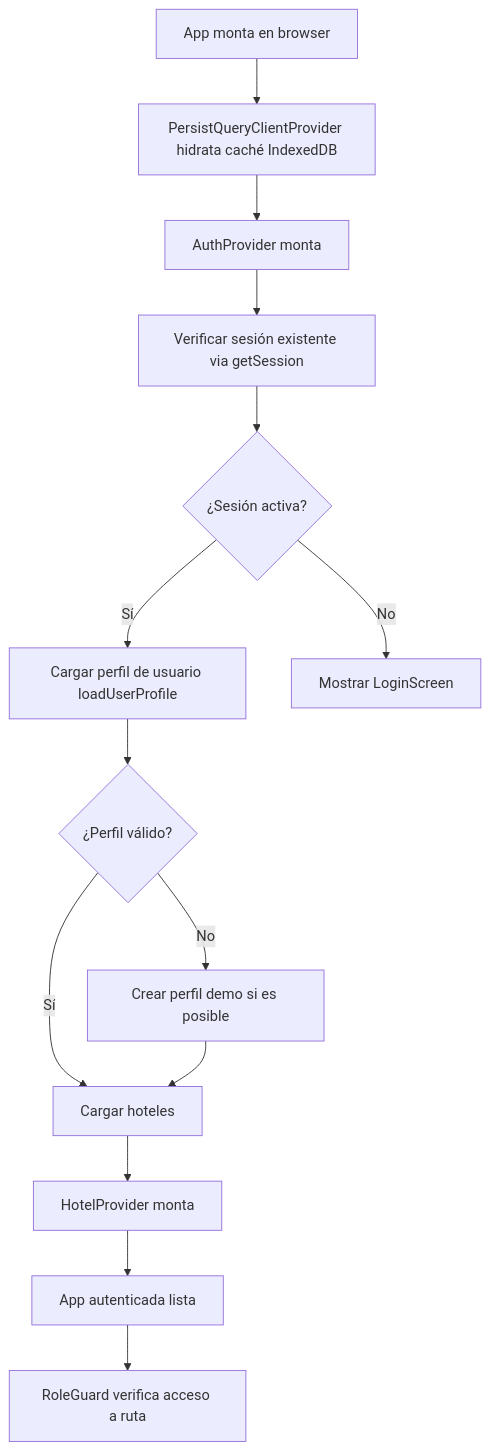
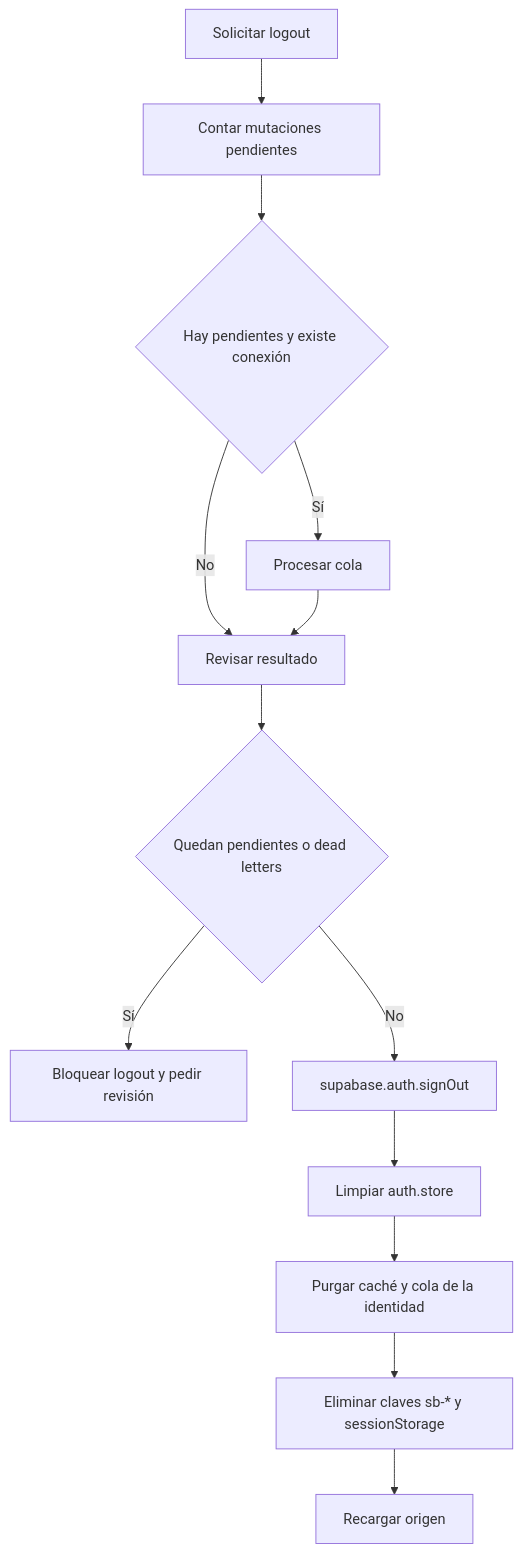
One commit to jhoncharlesjcar/pms-jcar-labs-inc changed the second of 2 diagrams in specs/domain-auth.md. Above: the diagram before and after it, drawn with Mermaid. The commit also changed other lines of this file and 13 other files, not shown here.

````diff
--- a/specs/domain-auth.md
+++ b/specs/domain-auth.md
@@ -43,16 +105,15 @@
 ```mermaid
-graph TD
-    A[App monta en browser] --> B[PersistQueryClientProvider hidrata caché IndexedDB]
-    B --> C[AuthProvider monta]
-    C --> D[Verificar sesión existente via getSession]
-    D --> E{¿Sesión activa?}
-    E -->|Sí| F[Cargar perfil de usuario loadUserProfile]
-    E -->|No| G[Mostrar LoginScreen]
-    F --> H{¿Perfil válido?}
-    H -->|Sí| I[Cargar hoteles]
-    H -->|No| J[Crear perfil demo si es posible]
-    J --> I
-    I --> K[HotelProvider monta]
-    K --> L[App autenticada lista]
-    L --> M[RoleGuard verifica acceso a ruta]
+flowchart TD
+    A["Solicitar logout"] --> B["Contar mutaciones pendientes"]
+    B --> C{"Hay pendientes y existe conexión"}
+    C -->|Sí| D["Procesar cola"]
+    C -->|No| E["Revisar resultado"]
+    D --> E
+    E --> F{"Quedan pendientes o dead letters"}
+    F -->|Sí| G["Bloquear logout y pedir revisión"]
+    F -->|No| H["supabase.auth.signOut"]
+    H --> I["Limpiar auth.store"]
+    I --> J["Purgar caché y cola de la identidad"]
+    J --> K["Eliminar claves sb-* y sessionStorage"]
+    K --> L["Recargar origen"]
 ```
````
